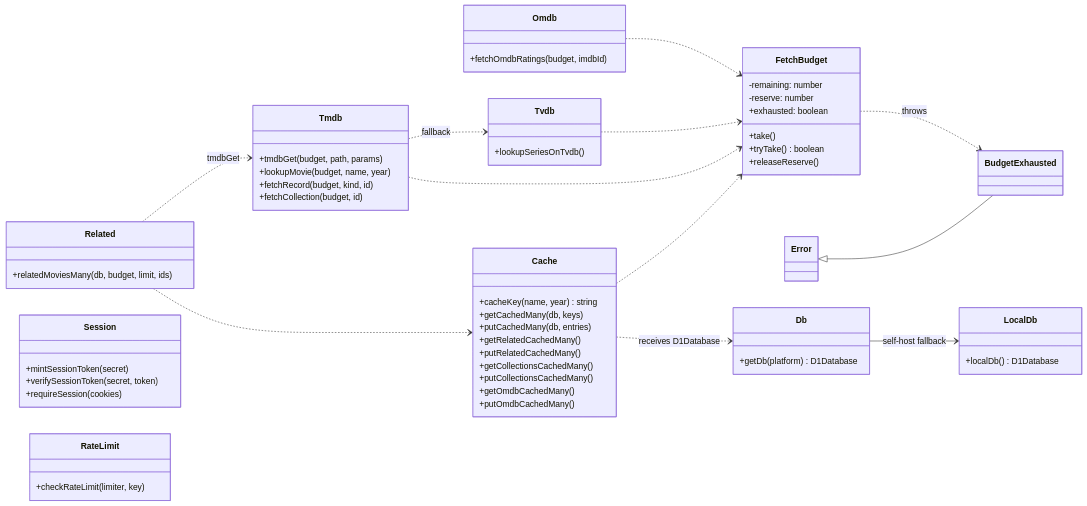
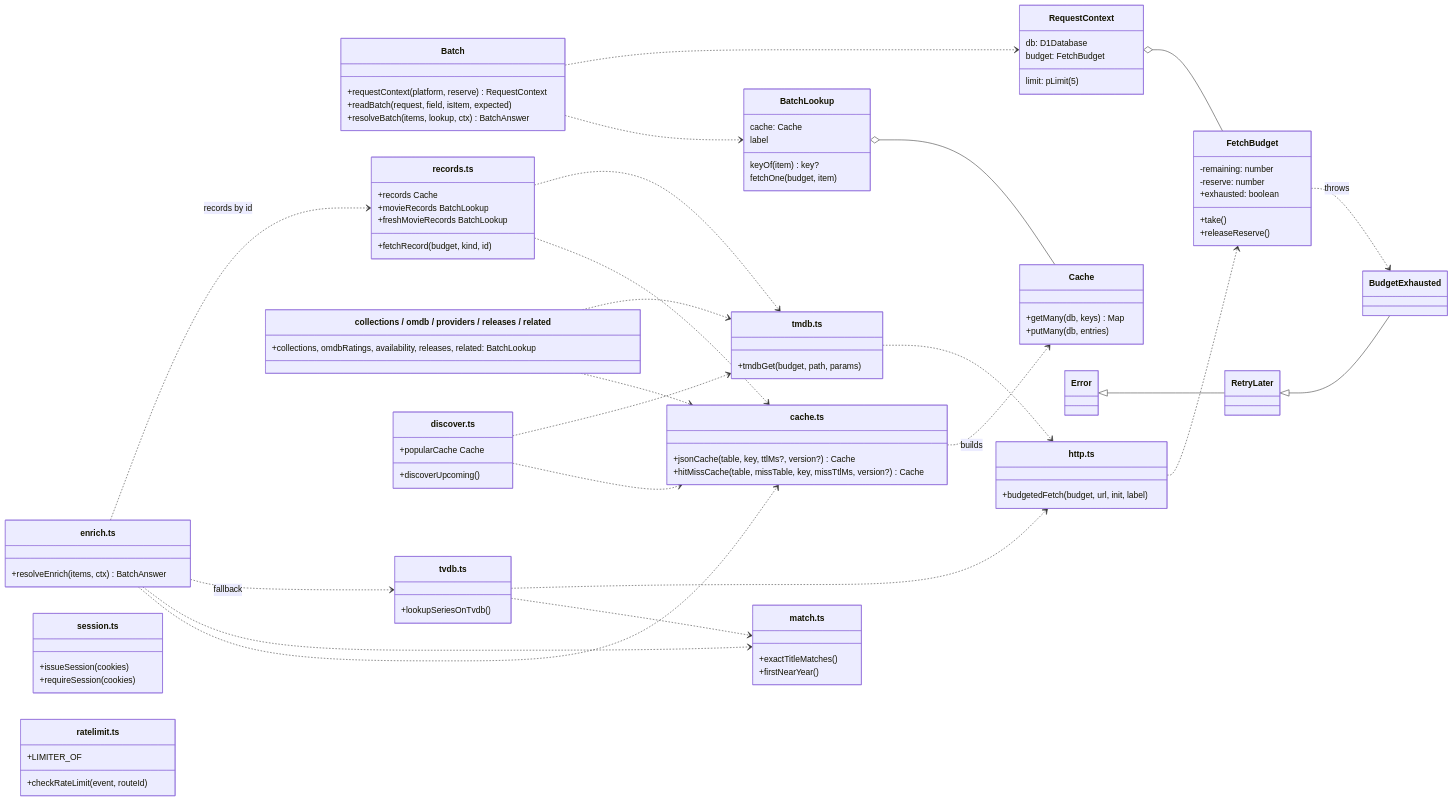
The sixth of 26 diagrams in docs/ARCHITECTURE.md (LaurinSorgend/letterboxd-vizard), drawn with Mermaid before and after one commit. The commit also changed other lines of this file and 319 other files, not shown here.

````diff
--- a/docs/ARCHITECTURE.md
+++ b/docs/ARCHITECTURE.md
@@ -193,66 +224,97 @@
 classDiagram
     direction LR
 
+    class Batch {
+        +requestContext(platform, reserve) RequestContext
+        +readBatch(request, field, isItem, expected)
+        +resolveBatch(items, lookup, ctx) BatchAnswer
+    }
+    class RequestContext {
+        db: D1Database
+        budget: FetchBudget
+        limit: pLimit(5)
+    }
+    class BatchLookup {
+        keyOf(item) key?
+        cache: Cache
+        fetchOne(budget, item)
+        label
+    }
+    class Cache {
+        +getMany(db, keys) Map
+        +putMany(db, entries)
+    }
+    class CacheModule["cache.ts"] {
+        +jsonCache(table, key, ttlMs?, version?) Cache
+        +hitMissCache(table, missTable, key, missTtlMs, version?) Cache
+    }
     class FetchBudget {
         -remaining: number
         -reserve: number
         +exhausted: boolean
         +take()
-        +tryTake() boolean
         +releaseReserve()
     }
+    class RetryLater
     class BudgetExhausted
-    Error <|-- BudgetExhausted
+    Error <|-- RetryLater
+    RetryLater <|-- BudgetExhausted
     FetchBudget ..> BudgetExhausted : throws
-
-    class Cache {
-        +cacheKey(name, year) string
-        +getCachedMany(db, keys)
-        +putCachedMany(db, entries)
-        +getRelatedCachedMany()
-        +putRelatedCachedMany()
-        +getCollectionsCachedMany()
-        +putCollectionsCachedMany()
-        +getOmdbCachedMany()
-        +putOmdbCachedMany()
+    class Http["http.ts"] {
+        +budgetedFetch(budget, url, init, label)
     }
-    class Db {
-        +getDb(platform) D1Database
+    class Tmdb["tmdb.ts"] {
+        +tmdbGet(budget, path, params)
     }
-    class LocalDb {
-        +localDb() D1Database
+    class Enrich["enrich.ts"] {
+        +resolveEnrich(items, ctx) BatchAnswer
     }
-    class Tmdb {
-        +tmdbGet(budget, path, params)
-        +lookupMovie(budget, name, year)
+    class Records["records.ts"] {
         +fetchRecord(budget, kind, id)
-        +fetchCollection(budget, id)
+        +records Cache
+        +movieRecords BatchLookup
+        +freshMovieRecords BatchLookup
     }
-    class Tvdb {
+    class Features["collections / omdb / providers / releases / related"] {
+        +collections, omdbRatings, availability, releases, related: BatchLookup
+    }
+    class Discover["discover.ts"] {
+        +discoverUpcoming()
+        +popularCache Cache
+    }
+    class Tvdb["tvdb.ts"] {
         +lookupSeriesOnTvdb()
     }
-    class Omdb {
-        +fetchOmdbRatings(budget, imdbId)
+    class Match["match.ts"] {
+        +exactTitleMatches()
+        +firstNearYear()
     }
-    class Related {
-        +relatedMoviesMany(db, budget, limit, ids)
-    }
-    class Session {
-        +mintSessionToken(secret)
-        +verifySessionToken(secret, token)
+    class Session["session.ts"] {
+        +issueSession(cookies)
         +requireSession(cookies)
     }
-    class RateLimit {
-        +checkRateLimit(limiter, key)
+    class RateLimit["ratelimit.ts"] {
+        +LIMITER_OF
+        +checkRateLimit(event, routeId)
     }
 
-    Db --> LocalDb : self-host fallback
-    Cache ..> Db : receives D1Database
-    Cache ..> FetchBudget
-    Tmdb ..> FetchBudget
-    Tvdb ..> FetchBudget
-    Omdb ..> FetchBudget
-    Tmdb ..> Tvdb : fallback
-    Related ..> Tmdb : tmdbGet
-    Related ..> Cache
+    Batch ..> RequestContext
+    Batch ..> BatchLookup
+    BatchLookup o-- Cache
+    CacheModule ..> Cache : builds
+    RequestContext o-- FetchBudget
+    Http ..> FetchBudget
+    Tmdb ..> Http
+    Tvdb ..> Http
+    Enrich ..> Records : records by id
+    Enrich ..> Tvdb : fallback
+    Enrich ..> Match
+    Tvdb ..> Match
+    Records ..> Tmdb
+    Features ..> Tmdb
+    Discover ..> Tmdb
+    Enrich ..> CacheModule
+    Records ..> CacheModule
+    Features ..> CacheModule
+    Discover ..> CacheModule
 ```
````
